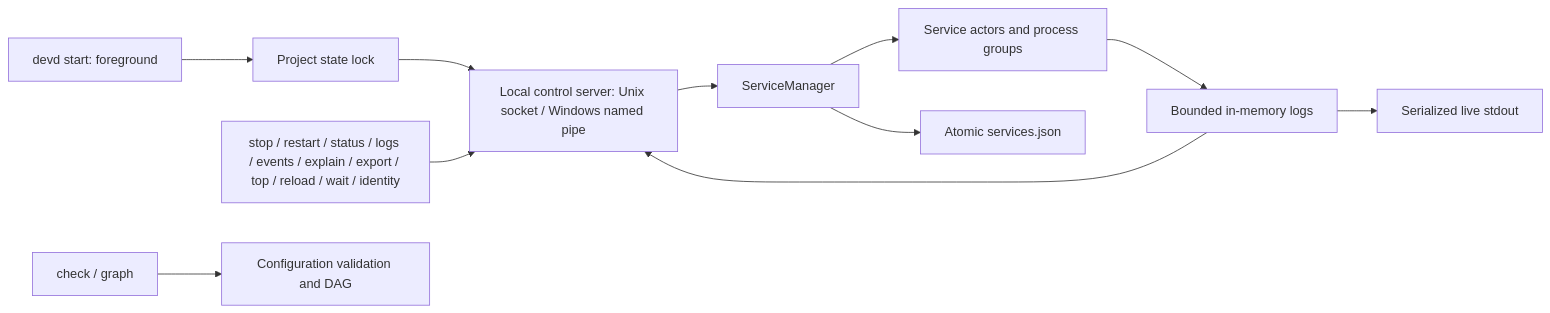
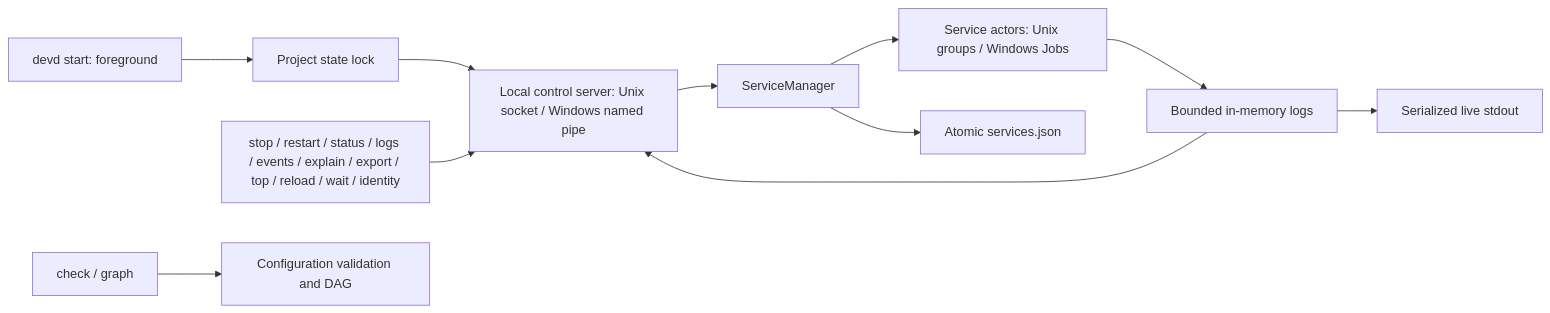
The first of 2 diagrams in ARCHITECTURE.md (Ceng-0324/Devd), drawn with Mermaid before and after one commit. The commit also changed other lines of this file and 4 other files, not shown here.

````diff
--- a/ARCHITECTURE.md
+++ b/ARCHITECTURE.md
@@ -27,13 +45,13 @@
 ```mermaid
 flowchart LR
     start[devd start: foreground] --> lock[Project state lock]
     lock --> server[Local control server: Unix socket / Windows named pipe]
     server --> manager[ServiceManager]
     clients[stop / restart / status / logs / events / explain / export / top / reload / wait / identity] --> server
-    manager --> actors[Service actors and process groups]
+    manager --> actors[Service actors: Unix groups / Windows Jobs]
     actors --> logs[Bounded in-memory logs]
     logs --> terminal[Serialized live stdout]
     logs --> server
     manager --> state[Atomic services.json]
     check[check / graph] --> config[Configuration validation and DAG]
 ```
````
